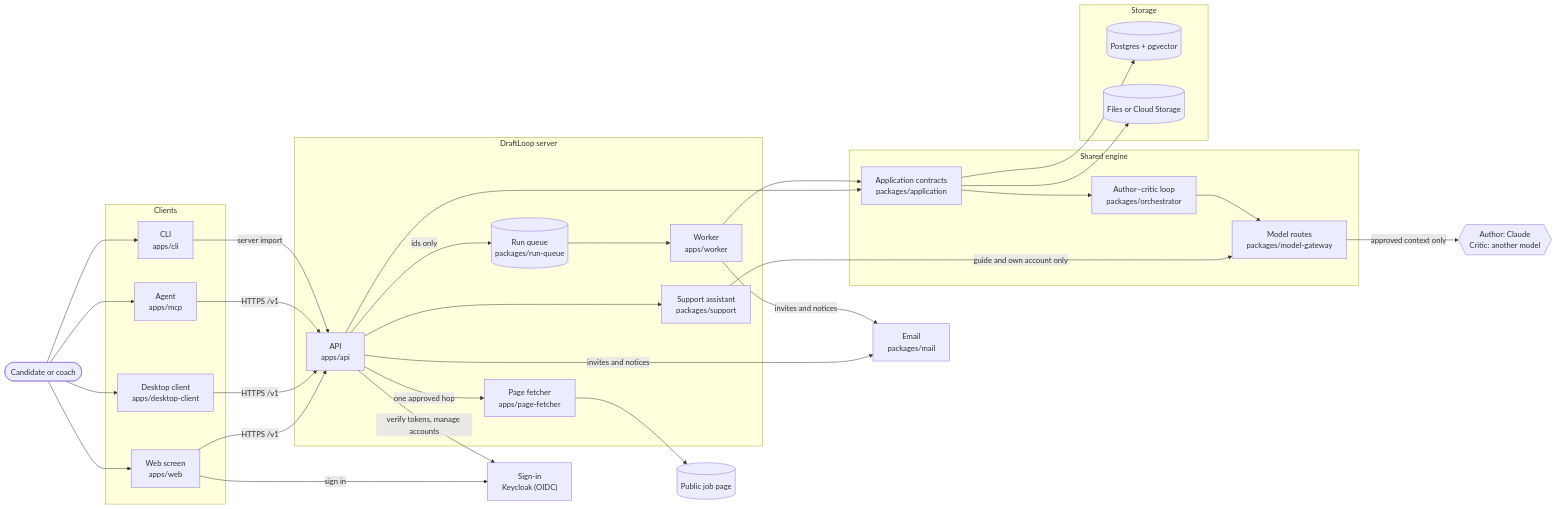
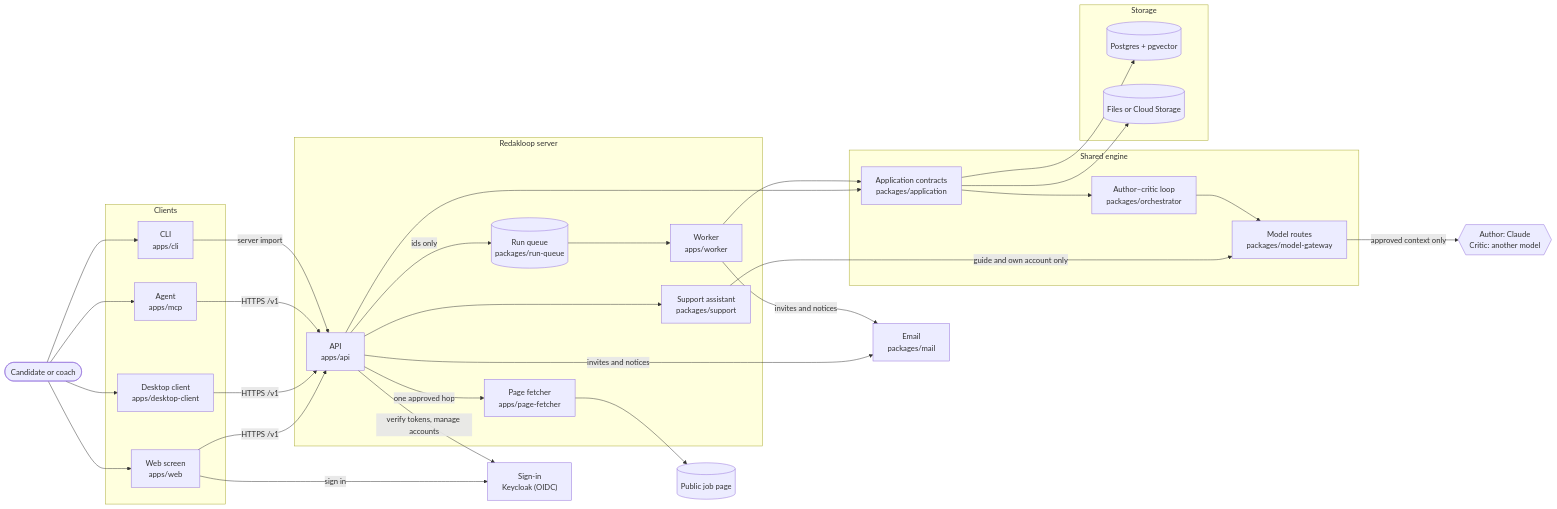
Before and after one commit to akoita/draft-loop: the first of 5 diagrams in docs/architecture/overview.md, drawn with Mermaid. The commit also changed other lines of this file and 319 other files, not shown here.

````diff
--- a/docs/architecture/overview.md
+++ b/docs/architecture/overview.md
@@ -47,54 +47,54 @@
 ```mermaid
 flowchart LR
   person([Candidate or coach])
 
   subgraph clients [Clients]
     web["Web screen<br/>apps/web"]
     desk["Desktop client<br/>apps/desktop-client"]
     agent["Agent<br/>apps/mcp"]
     cli["CLI<br/>apps/cli"]
   end
 
-  subgraph server [DraftLoop server]
+  subgraph server [Redakloop server]
     api["API<br/>apps/api"]
     support["Support assistant<br/>packages/support"]
     queue[("Run queue<br/>packages/run-queue")]
     worker["Worker<br/>apps/worker"]
     fetcher["Page fetcher<br/>apps/page-fetcher"]
   end
 
   subgraph engine [Shared engine]
     app["Application contracts<br/>packages/application"]
     orch["Author–critic loop<br/>packages/orchestrator"]
     gw["Model routes<br/>packages/model-gateway"]
   end
 
   subgraph data [Storage]
     pg[("Postgres + pgvector")]
     blobs[("Files or Cloud Storage")]
   end
 
   models{{"Author: Claude<br/>Critic: another model"}}
   jobpage[(Public job page)]
   idp["Sign-in<br/>Keycloak (OIDC)"]
   mail["Email<br/>packages/mail"]
 
   person --> web & desk & agent & cli
   web & desk & agent -->|HTTPS /v1| api
   web -->|sign in| idp
   api -->|verify tokens, manage accounts| idp
   api --> support
   support -->|guide and own account only| gw
   api & worker -->|invites and notices| mail
   cli -->|server import| api
   api --> app
   api -->|ids only| queue
   queue --> worker
   worker --> app
   app --> orch
   orch --> gw
   gw -->|approved context only| models
   app --> pg & blobs
   api -->|one approved hop| fetcher
   fetcher --> jobpage
 ```
````
